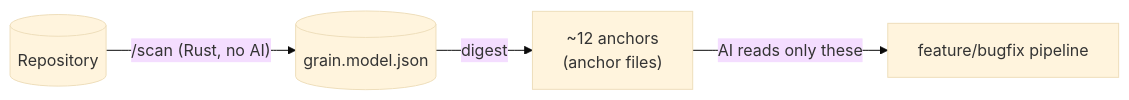
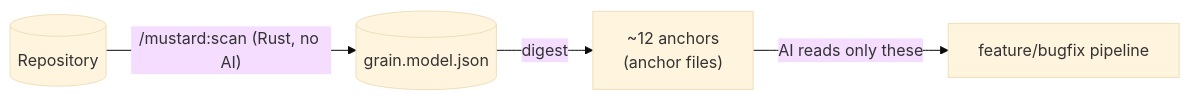
Before and after one commit to rubensrpj/mustard: the first of 2 diagrams in README.en.md, drawn with Mermaid (base theme). The commit also changed other lines of this file and 1 other file, not shown here.

````diff
--- a/README.en.md
+++ b/README.en.md
@@ -17,6 +17,6 @@
 ```mermaid
 flowchart LR
-    repo[("Repository")] -->|"/scan (Rust, no AI)"| model[("grain.model.json")]
+    repo[("Repository")] -->|"/mustard:scan (Rust, no AI)"| model[("grain.model.json")]
     model -->|digest| anchors["~12 anchors<br/>(anchor files)"]
     anchors -->|"AI reads only these"| work["feature/bugfix pipeline"]
 ```
````
